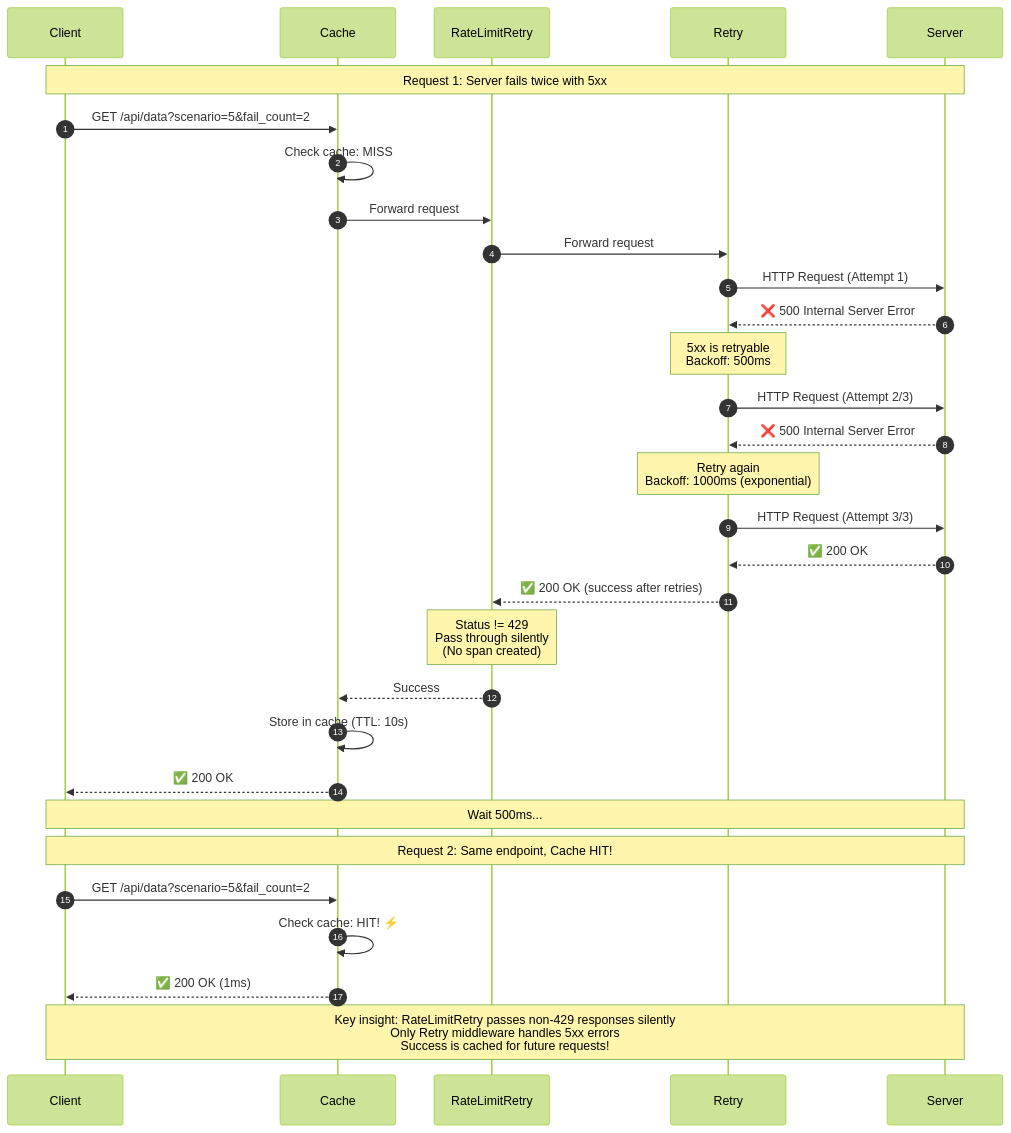
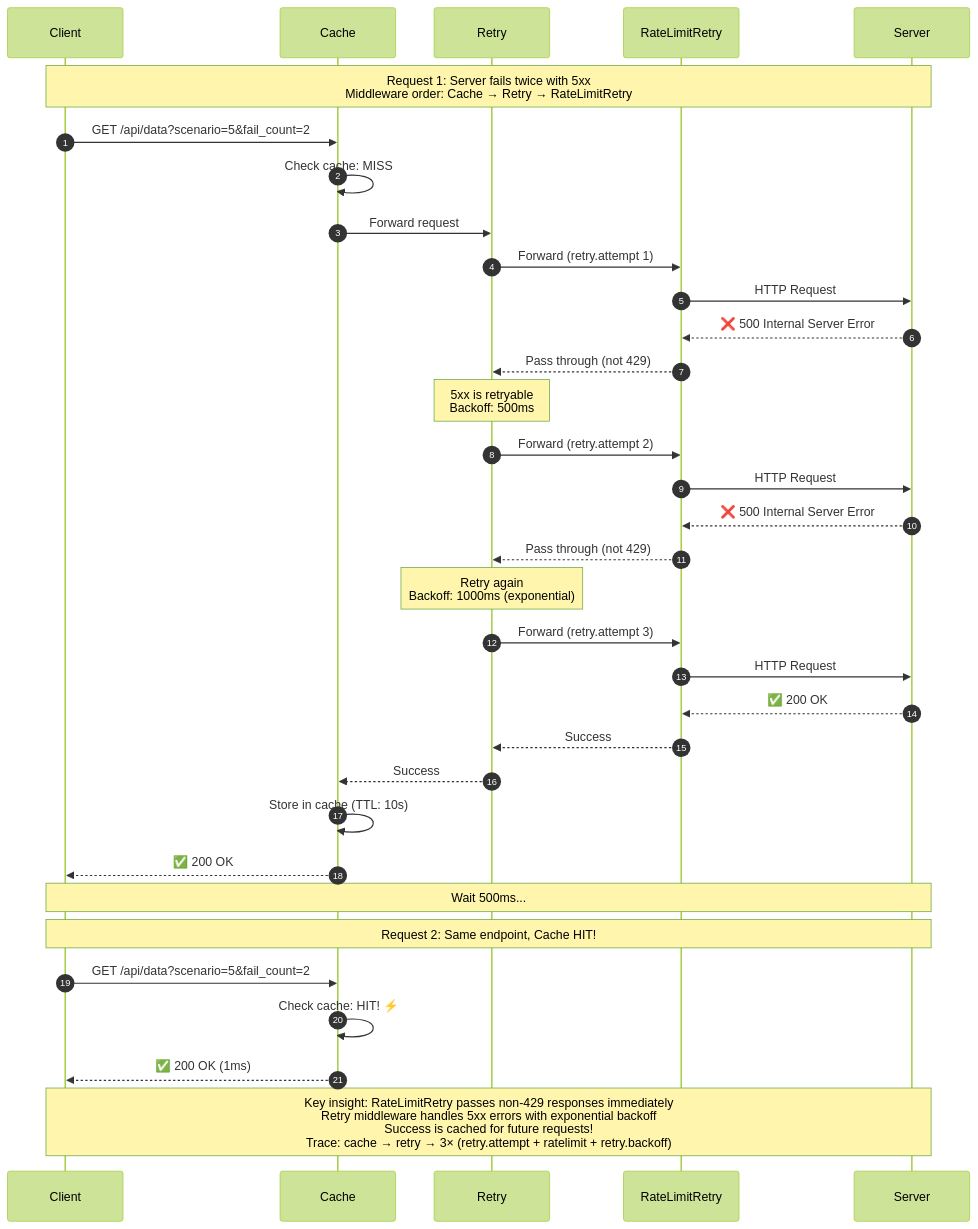
The diagram in diagrams/scenario-5-retry-5xx.md (halyph/mindflow-http-middleware-patterns), drawn with Mermaid (forest theme) before and after one commit. The commit also changed other lines of this file and 11 other files, not shown here.

Commit message:
updated middleware order

````diff
--- a/diagrams/scenario-5-retry-5xx.md
+++ b/diagrams/scenario-5-retry-5xx.md
@@ -5,48 +5,48 @@
 ```mermaid
 sequenceDiagram
     autonumber
     participant Client
     participant Cache
+    participant Retry
     participant RateLimitRetry
-    participant Retry
     participant Server
 
-    Note over Client,Server: Request 1: Server fails twice with 5xx
+    Note over Client,Server: Request 1: Server fails twice with 5xx<br/>Middleware order: Cache → Retry → RateLimitRetry
 
     Client->>Cache: GET /api/data?scenario=5&fail_count=2
     Cache->>Cache: Check cache: MISS
-    Cache->>RateLimitRetry: Forward request
-
-    %% RateLimitRetry forwards to Retry
-    RateLimitRetry->>Retry: Forward request
+    Cache->>Retry: Forward request
 
     %% First attempt - 5xx error
-    Retry->>Server: HTTP Request (Attempt 1)
-    Server-->>Retry: ❌ 500 Internal Server Error
+    Retry->>RateLimitRetry: Forward (retry.attempt 1)
+    RateLimitRetry->>Server: HTTP Request
+    Server-->>RateLimitRetry: ❌ 500 Internal Server Error
+    RateLimitRetry-->>Retry: Pass through (not 429)
     Note over Retry: 5xx is retryable<br/>Backoff: 500ms
 
     %% Second attempt - still 5xx
-    Retry->>Server: HTTP Request (Attempt 2/3)
-    Server-->>Retry: ❌ 500 Internal Server Error
+    Retry->>RateLimitRetry: Forward (retry.attempt 2)
+    RateLimitRetry->>Server: HTTP Request
+    Server-->>RateLimitRetry: ❌ 500 Internal Server Error
+    RateLimitRetry-->>Retry: Pass through (not 429)
     Note over Retry: Retry again<br/>Backoff: 1000ms (exponential)
 
     %% Third attempt - Success!
-    Retry->>Server: HTTP Request (Attempt 3/3)
-    Server-->>Retry: ✅ 200 OK
-
-    Retry-->>RateLimitRetry: ✅ 200 OK (success after retries)
-    Note over RateLimitRetry: Status != 429<br/>Pass through silently<br/>(No span created)
-    RateLimitRetry-->>Cache: Success
+    Retry->>RateLimitRetry: Forward (retry.attempt 3)
+    RateLimitRetry->>Server: HTTP Request
+    Server-->>RateLimitRetry: ✅ 200 OK
+    RateLimitRetry-->>Retry: Success
+    Retry-->>Cache: Success
     Cache->>Cache: Store in cache (TTL: 10s)
     Cache-->>Client: ✅ 200 OK
 
     Note over Client,Server: Wait 500ms...
 
     Note over Client,Server: Request 2: Same endpoint, Cache HIT!
 
     Client->>Cache: GET /api/data?scenario=5&fail_count=2
     Cache->>Cache: Check cache: HIT! ⚡
     Cache-->>Client: ✅ 200 OK (1ms)
 
-    Note over Client,Server: Key insight: RateLimitRetry passes non-429 responses silently<br/>Only Retry middleware handles 5xx errors<br/>Success is cached for future requests!
+    Note over Client,Server: Key insight: RateLimitRetry passes non-429 responses immediately<br/>Retry middleware handles 5xx errors with exponential backoff<br/>Success is cached for future requests!<br/>Trace: cache → retry → 3× (retry.attempt + ratelimit + retry.backoff)
 ```
````
